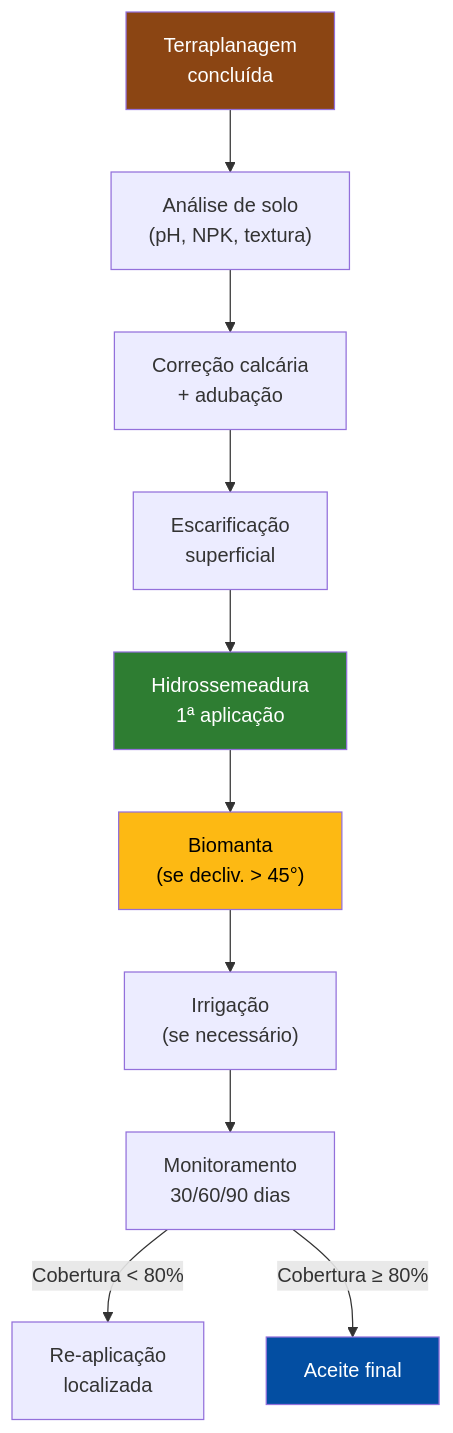
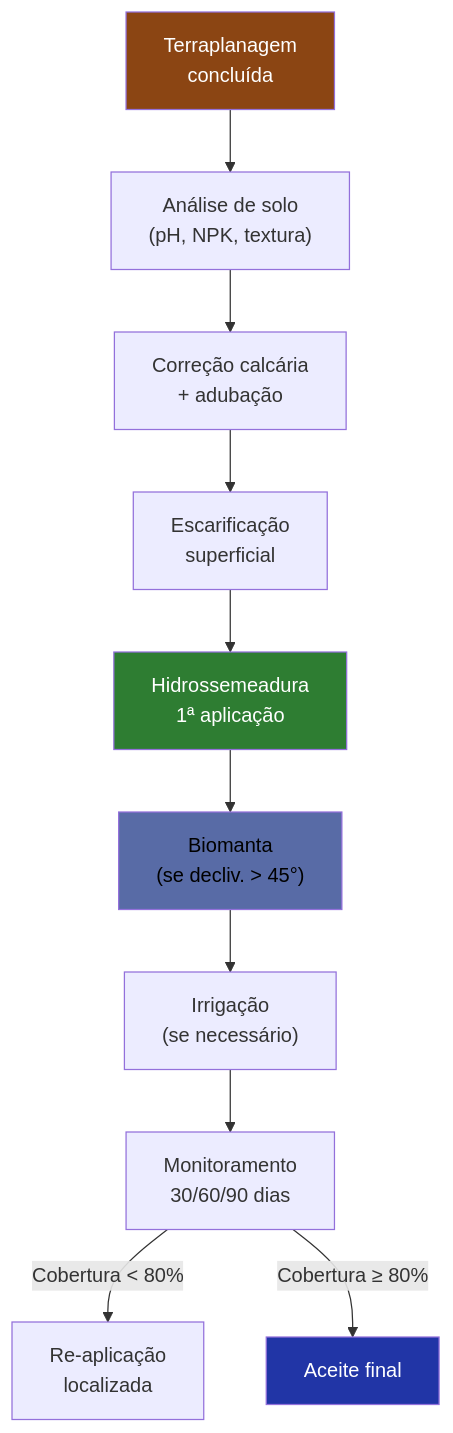
Before and after one commit to ldvsantos/cv: the fifth of 6 diagrams in aulas/bioengenharia_de_solos/aulas/hidrossemeadura/hidrossemeadura.qmd, drawn with Mermaid. The commit also changed other lines of this file and 466 other files, not shown here.

````diff
--- a/aulas/bioengenharia_de_solos/aulas/hidrossemeadura/hidrossemeadura.qmd
+++ b/aulas/bioengenharia_de_solos/aulas/hidrossemeadura/hidrossemeadura.qmd
@@ -531,17 +529,17 @@
 ```{mermaid}
 %%| fig-width: 4.5
 graph TD
     A["Terraplanagem<br>concluída"] --> B["Análise de solo<br>(pH, NPK, textura)"]
     B --> C["Correção calcária<br>+ adubação"]
     C --> D["Escarificação<br>superficial"]
     D --> E["Hidrossemeadura<br>1ª aplicação"]
     E --> F["Biomanta<br>(se decliv. > 45°)"]
     F --> G["Irrigação<br>(se necessário)"]
     G --> H["Monitoramento<br>30/60/90 dias"]
     H -->|"Cobertura < 80%"| I["Re-aplicação<br>localizada"]
     H -->|"Cobertura ≥ 80%"| J["Aceite final"]
     style A fill:#8B4513,color:#fff
     style E fill:#2E7D32,color:#fff
-    style F fill:#FDB913,color:#000
-    style J fill:#034EA2,color:#fff
+    style F fill:#586BA6,color:#000
+    style J fill:#2135A6,color:#fff
 ```
````
